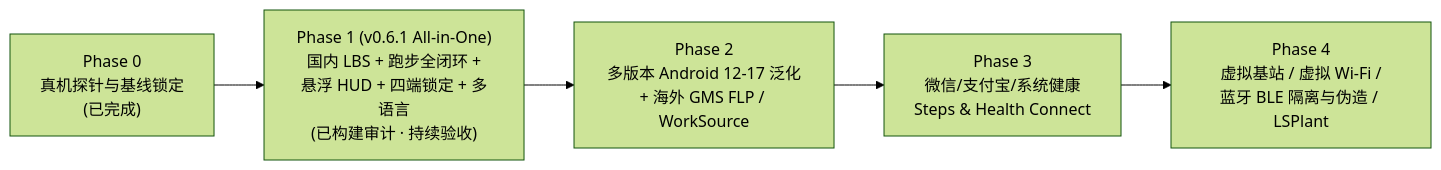
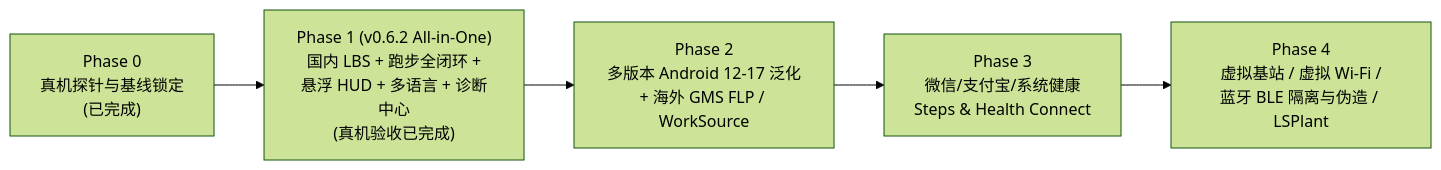
The diagram in docs/ROADMAP.md (xmbhjQAQ/Kuroko-Teleport), drawn with Mermaid (forest theme) before and after one commit. The commit also changed other lines of this file and 5 other files, not shown here.

````diff
--- a/docs/ROADMAP.md
+++ b/docs/ROADMAP.md
@@ -5,10 +5,10 @@
 ```mermaid
 flowchart LR
     P0["Phase 0\n真机探针与基线锁定\n(已完成)"]
-    P1["Phase 1 (v0.6.1 All-in-One)\n国内 LBS + 跑步全闭环 +\n悬浮 HUD + 四端锁定 + 多语言\n(已构建审计 · 持续验收)"]
+    P1["Phase 1 (v0.6.2 All-in-One)\n国内 LBS + 跑步全闭环 +\n悬浮 HUD + 多语言 + 诊断中心\n(真机验收已完成)"]
     P2["Phase 2\n多版本 Android 12-17 泛化\n+ 海外 GMS FLP / WorkSource"]
     P3["Phase 3\n微信/支付宝/系统健康\nSteps & Health Connect"]
     P4["Phase 4\n虚拟基站 / 虚拟 Wi-Fi /\n蓝牙 BLE 隔离与伪造 / LSPlant"]
 
     P0 --> P1 --> P2 --> P3 --> P4
 ```
````
